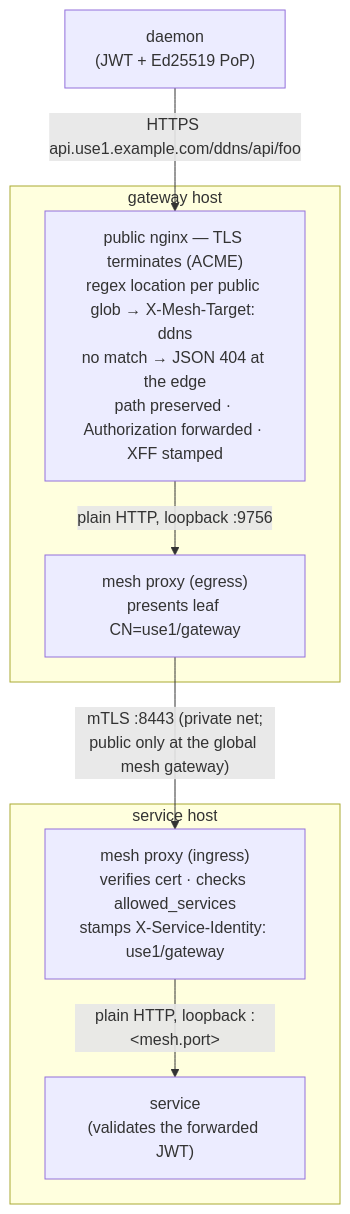
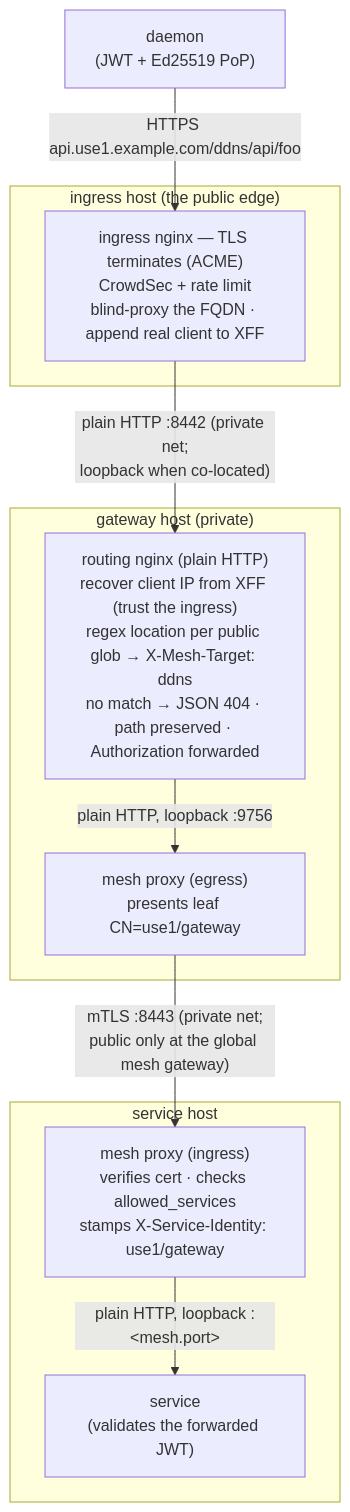
One commit to wardnet/inforge changed the first of 3 diagrams in website/docs/resources/gateway.md. Above: the diagram before and after it, drawn with Mermaid. The commit also changed other lines of this file and 19 other files, not shown here.

Commit message:
feat(gateway): make the gateway private, fronted by an ingress (ADR-0045) (#246)

````diff
--- a/website/docs/resources/gateway.md
+++ b/website/docs/resources/gateway.md
@@ -61,16 +69,20 @@
 ```mermaid
 flowchart TB
     daemon["daemon<br/>(JWT + Ed25519 PoP)"]
-    subgraph gwhost ["gateway host"]
-        gwnginx["public nginx — TLS terminates (ACME)<br/>regex location per public glob → X-Mesh-Target: ddns<br/>no match → JSON 404 at the edge<br/>path preserved · Authorization forwarded · XFF stamped"]
+    subgraph inghost ["ingress host (the public edge)"]
+        term["ingress nginx — TLS terminates (ACME)<br/>CrowdSec + rate limit<br/>blind-proxy the FQDN · append real client to XFF"]
+    end
+    subgraph gwhost ["gateway host (private)"]
+        gwnginx["routing nginx (plain HTTP)<br/>recover client IP from XFF (trust the ingress)<br/>regex location per public glob → X-Mesh-Target: ddns<br/>no match → JSON 404 · path preserved · Authorization forwarded"]
         gwmesh["mesh proxy (egress)<br/>presents leaf CN=use1/gateway"]
         gwnginx -- "plain HTTP, loopback :9756" --> gwmesh
     end
     subgraph svchost ["service host"]
         svcmesh["mesh proxy (ingress)<br/>verifies cert · checks allowed_services<br/>stamps X-Service-Identity: use1/gateway"]
         svc["service<br/>(validates the forwarded JWT)"]
         svcmesh -- "plain HTTP, loopback :&lt;mesh.port&gt;" --> svc
     end
-    daemon -- "HTTPS api.use1.example.com/ddns/api/foo" --> gwnginx
+    daemon -- "HTTPS api.use1.example.com/ddns/api/foo" --> term
+    term -- "plain HTTP :8442 (private net;<br/>loopback when co-located)" --> gwnginx
     gwmesh -- "mTLS :8443 (private net;<br/>public only at the global mesh gateway)" --> svcmesh
 ```
````
